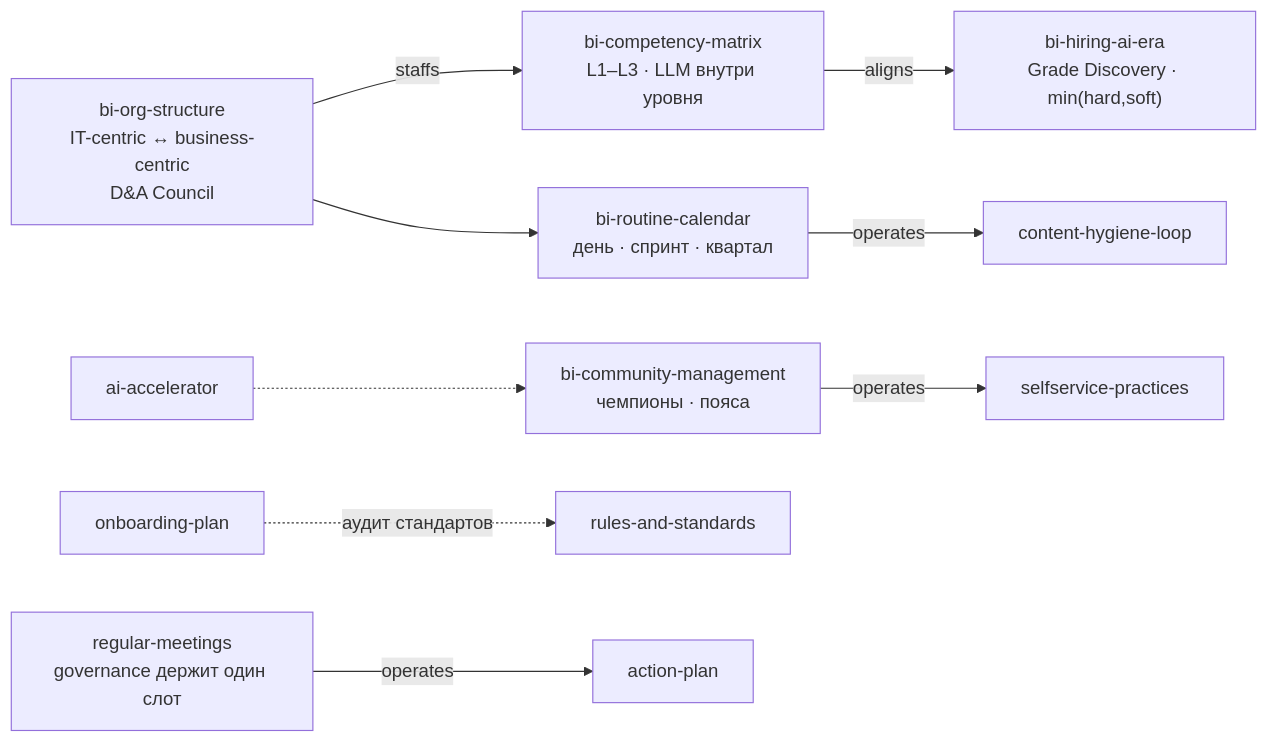
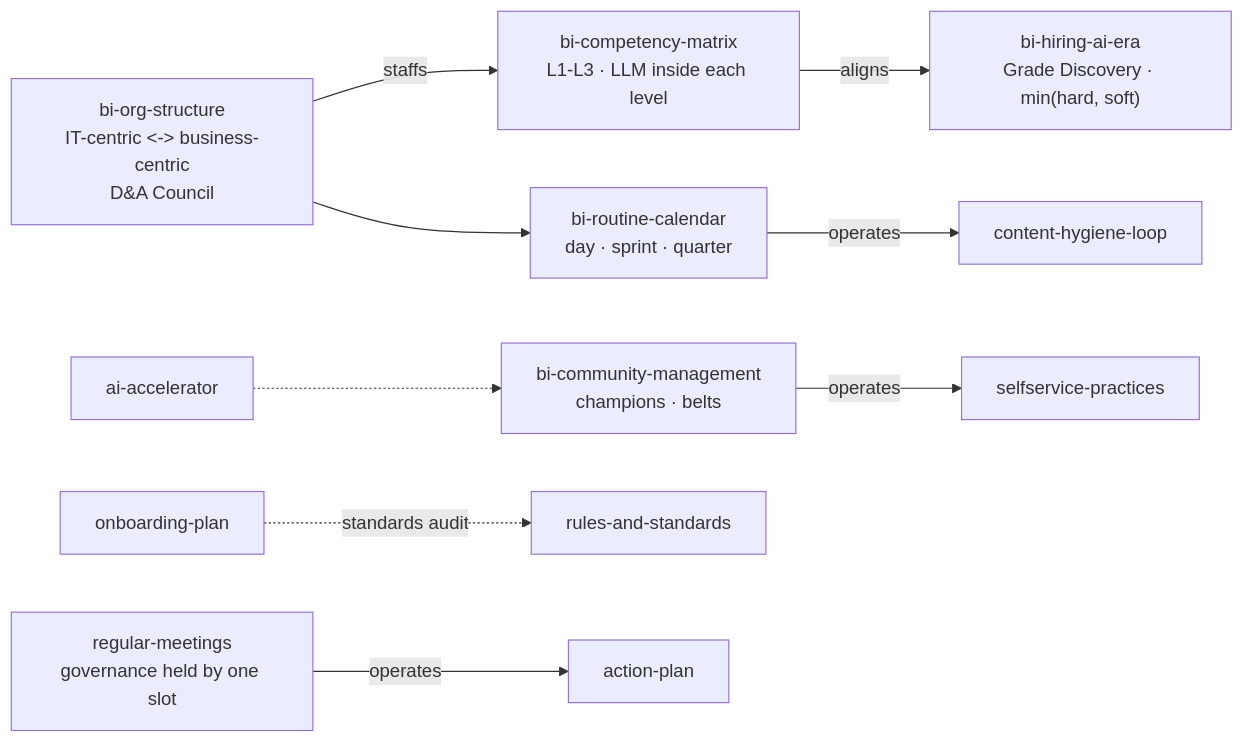
Before and after one commit to alexbarakov/BI-strategy-self-consulting-agent: the eighth of 10 diagrams in references/kb/30-graph.md, drawn with Mermaid. The commit also changed other lines of this file, not shown here.

Commit message:
Translate the visual theme graph (batch 3, part 2)

````diff
--- a/references/kb/30-graph.md
+++ b/references/kb/30-graph.md
@@ -180,11 +180,11 @@
 ```mermaid
 flowchart LR
-  ORG["bi-org-structure<br/>IT-centric ↔ business-centric<br/>D&amp;A Council"] -->|staffs| MTX["bi-competency-matrix<br/>L1–L3 · LLM внутри уровня"]
-  MTX -->|aligns| HIRE["bi-hiring-ai-era<br/>Grade Discovery · min(hard,soft)"]
-  ORG --> CAL["bi-routine-calendar<br/>день · спринт · квартал"]
+  ORG["bi-org-structure<br/>IT-centric <-> business-centric<br/>D&amp;A Council"] -->|staffs| MTX["bi-competency-matrix<br/>L1-L3 · LLM inside each level"]
+  MTX -->|aligns| HIRE["bi-hiring-ai-era<br/>Grade Discovery · min(hard, soft)"]
+  ORG --> CAL["bi-routine-calendar<br/>day · sprint · quarter"]
   CAL -->|operates| HYG["content-hygiene-loop"]
-  COM["bi-community-management<br/>чемпионы · пояса"] -->|operates| SSP["selfservice-practices"]
-  ON["onboarding-plan"] -.->|аудит стандартов| RS["rules-and-standards"]
-  RM["regular-meetings<br/>governance держит один слот"] -->|operates| AP["action-plan"]
+  COM["bi-community-management<br/>champions · belts"] -->|operates| SSP["selfservice-practices"]
+  ON["onboarding-plan"] -.->|standards audit| RS["rules-and-standards"]
+  RM["regular-meetings<br/>governance held by one slot"] -->|operates| AP["action-plan"]
   ACC["ai-accelerator"] -.-> COM
 ```
````
